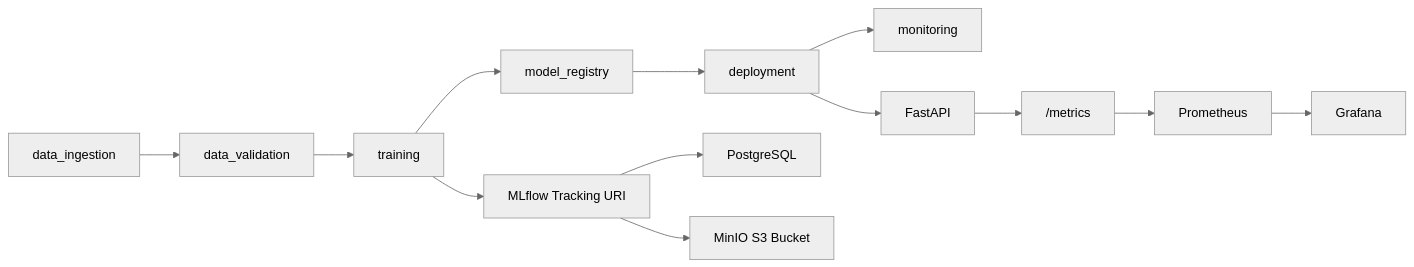
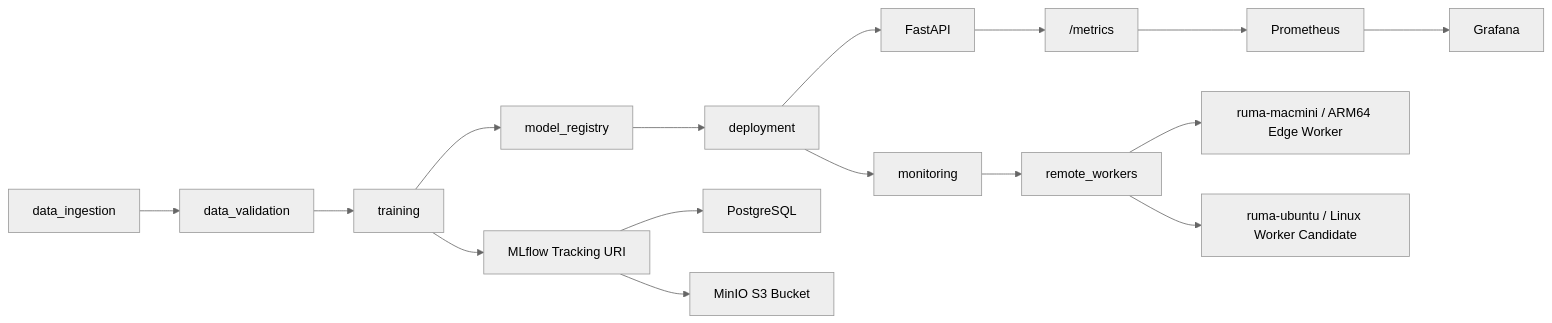
The diagram in enterprise-vision-mlops/docs/architecture.md (ruma0236/ML_ServeAPI), drawn with Mermaid (neutral theme) before and after one commit. The commit also changed other lines of this file and 13 other files, not shown here.

Commit message:
Add Tailscale remote worker inventory

````diff
--- a/enterprise-vision-mlops/docs/architecture.md
+++ b/enterprise-vision-mlops/docs/architecture.md
@@ -22,16 +23,19 @@
 ```mermaid
 flowchart LR
     ING["data_ingestion"] --> VAL["data_validation"]
     VAL --> TRN["training"]
     TRN --> REG["model_registry"]
     REG --> DEP["deployment"]
     DEP --> MON["monitoring"]
+    MON --> WRK["remote_workers"]
 
     DEP --> API["FastAPI"]
     API --> MET["/metrics"]
     MET --> PROM["Prometheus"]
     PROM --> GRAF["Grafana"]
     TRN --> MLF["MLflow Tracking URI"]
     MLF --> PG["PostgreSQL"]
     MLF --> OBJ["MinIO S3 Bucket"]
+    WRK --> MAC["ruma-macmini / ARM64 Edge Worker"]
+    WRK --> UBU["ruma-ubuntu / Linux Worker Candidate"]
 ```
````
